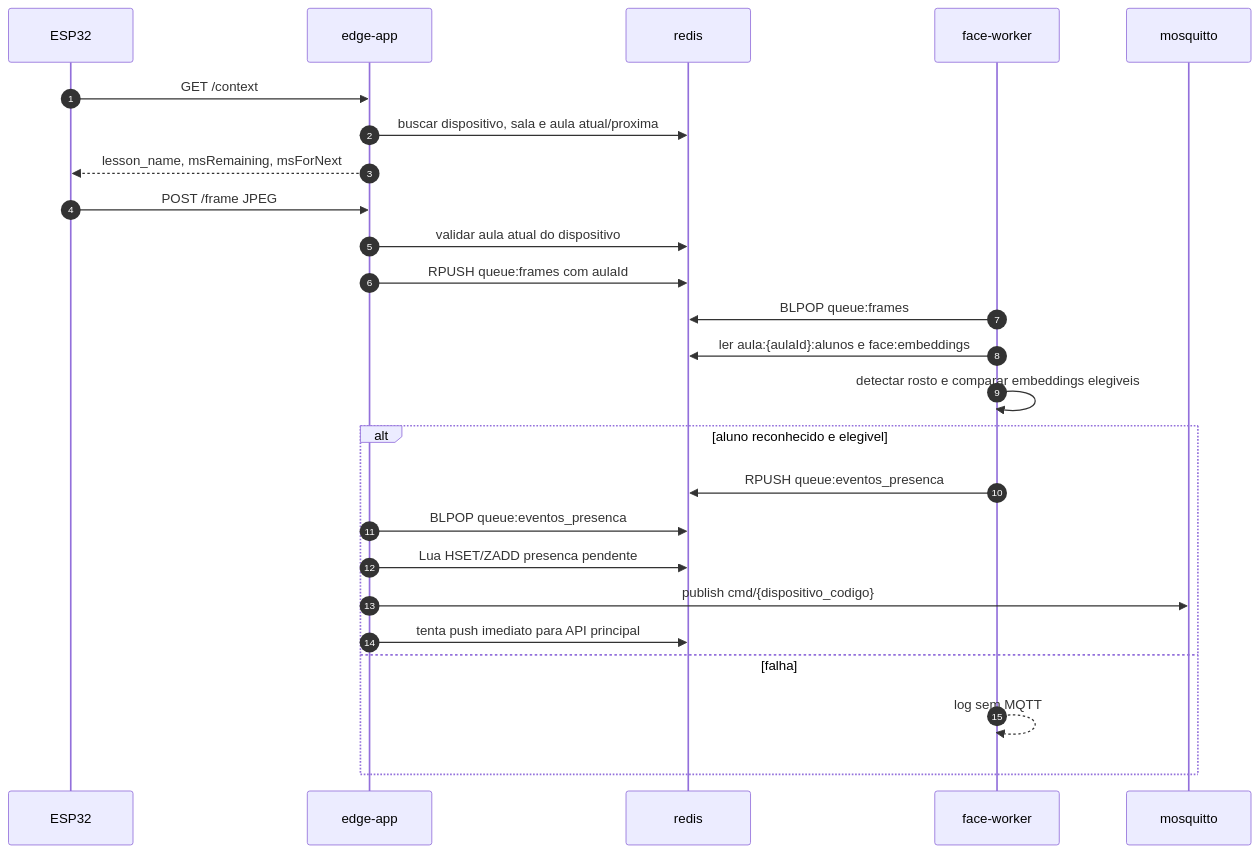
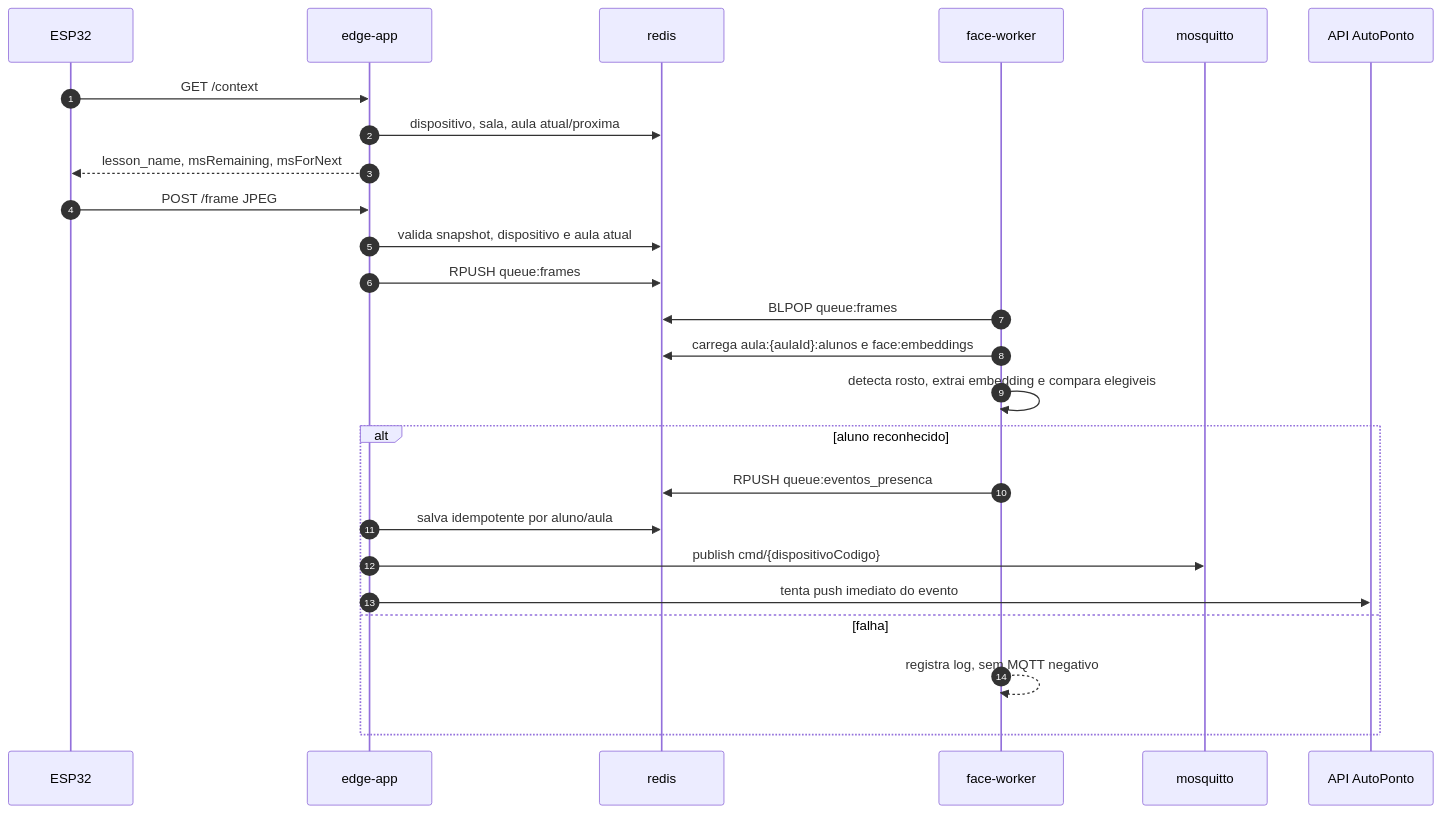
Before and after one commit to DanielKGM/autoponto-edgenode: the second of 2 diagrams in README.md, drawn with Mermaid. The commit also changed other lines of this file and 2 other files, not shown here.

Commit message:
Remove outdated API documentation and enhance operational scripts for AutoPonto Edge synchronization, including detailed instructions for MQTT password initialization and scheduling tasks in crontab.

````diff
--- a/README.md
+++ b/README.md
@@ -177,28 +236,28 @@
 ```mermaid
 sequenceDiagram
   autonumber
   participant ESP as ESP32
   participant API as edge-app
   participant R as redis
   participant W as face-worker
   participant MQ as mosquitto
+  participant BE as API AutoPonto
 
   ESP->>API: GET /context
-  API->>R: buscar dispositivo, sala e aula atual/proxima
+  API->>R: dispositivo, sala, aula atual/proxima
   API-->>ESP: lesson_name, msRemaining, msForNext
   ESP->>API: POST /frame JPEG
-  API->>R: validar aula atual do dispositivo
-  API->>R: RPUSH queue:frames com aulaId
+  API->>R: valida snapshot, dispositivo e aula atual
+  API->>R: RPUSH queue:frames
   W->>R: BLPOP queue:frames
-  W->>R: ler aula:{aulaId}:alunos e face:embeddings
-  W->>W: detectar rosto e comparar embeddings elegiveis
-  alt aluno reconhecido e elegivel
+  W->>R: carrega aula:{aulaId}:alunos e face:embeddings
+  W->>W: detecta rosto, extrai embedding e compara elegiveis
+  alt aluno reconhecido
     W->>R: RPUSH queue:eventos_presenca
-    API->>R: BLPOP queue:eventos_presenca
-    API->>R: Lua HSET/ZADD presenca pendente
-    API->>MQ: publish cmd/{dispositivo_codigo}
-    API->>R: tenta push imediato para API principal
+    API->>R: salva idempotente por aluno/aula
+    API->>MQ: publish cmd/{dispositivoCodigo}
+    API->>BE: tenta push imediato do evento
   else falha
-    W-->>W: log sem MQTT
+    W-->>W: registra log, sem MQTT negativo
   end
 ```
````
